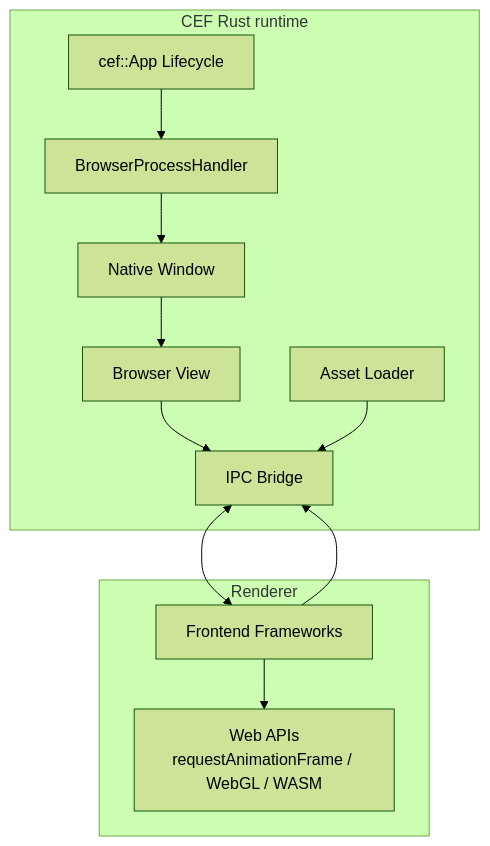
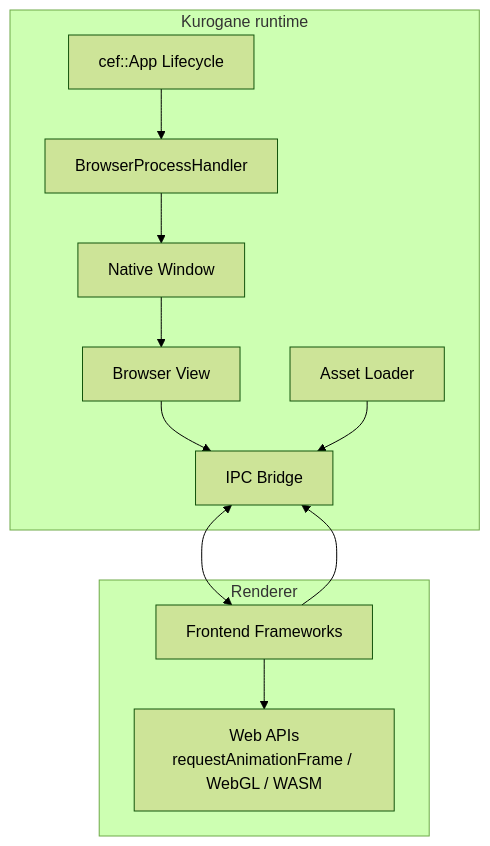
One commit to 0x48piraj/kurogane changed the second of 2 diagrams in ARCHITECTURE.md. Above: the diagram before and after it, drawn with Mermaid (forest theme). The commit also changed other lines of this file and 5 other files, not shown here.

````diff
--- a/ARCHITECTURE.md
+++ b/ARCHITECTURE.md
@@ -117,32 +216,32 @@
 ```mermaid
 flowchart TB
-    %% Rust Runtime Layer
-    subgraph Rust_Runtime["CEF Rust runtime"]
+    %% Kurogane Layer
+    subgraph Kurogane["Kurogane runtime"]
         A[cef::App Lifecycle]
         B[BrowserProcessHandler]
         C[Native Window]
         D[Browser View]
         E[Asset Loader]
         F[IPC Bridge]
     end
 
     %% Renderer Layer
     subgraph Renderer["Renderer"]
         G[Frontend Frameworks]
         H[Web APIs<br/>requestAnimationFrame / WebGL / WASM]
     end
 
     %% Internal Rust connections
     A --> B
     B --> C
     C --> D
     D --> F
     E --> F
 
     %% Renderer connections
     G --> H
     G --> F
 
     %% IPC Bridge connection
     F <--> G
 ```
````
